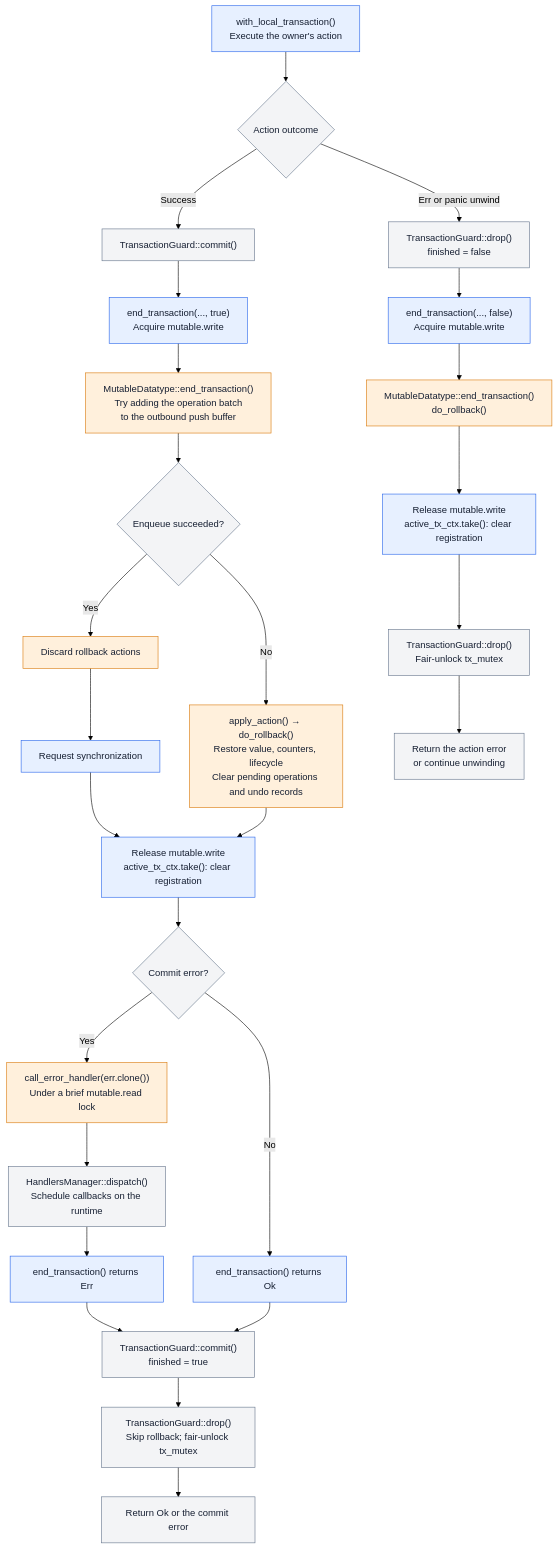
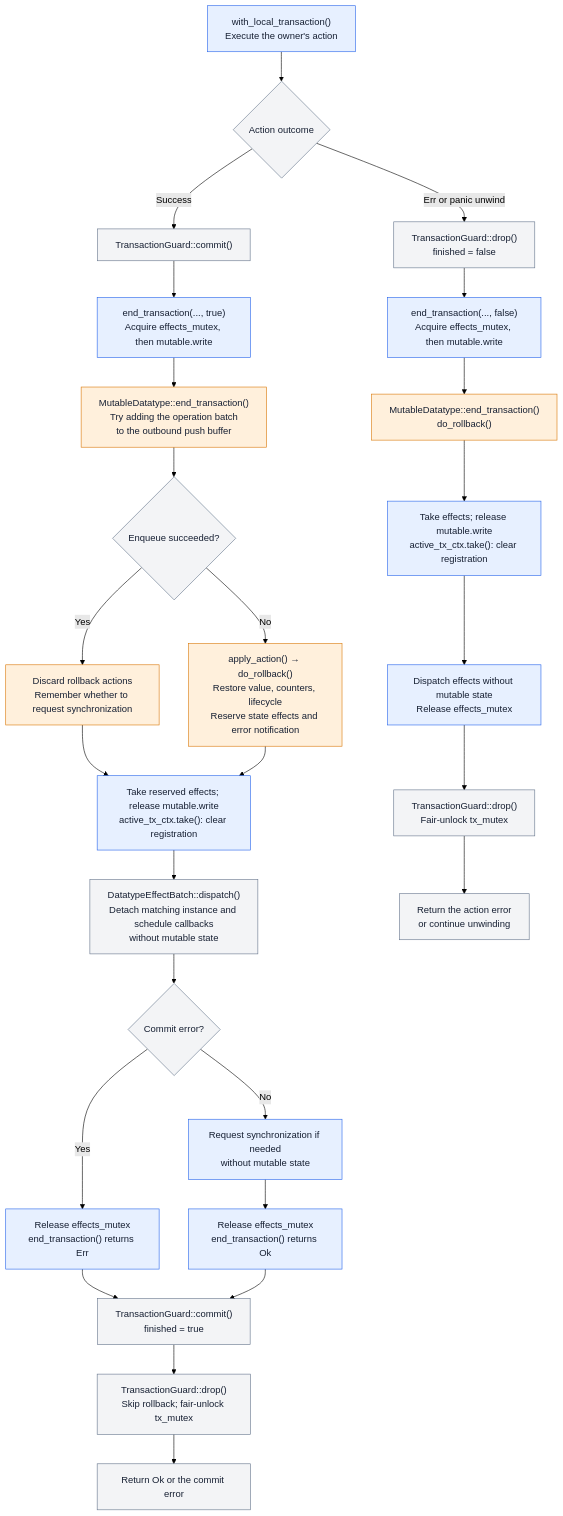
One commit to qortoo/qortoo-rs changed the fourth of 5 diagrams in docs/transaction-and-rollback.md. Above: the diagram before and after it, drawn with Mermaid (forest theme). The commit also changed other lines of this file and 21 other files, not shown here.

First line of the commit message:
🪲fix(datatypes): dispatch state effects after releasing mutable locks

````diff
--- a/docs/transaction-and-rollback.md
+++ b/docs/transaction-and-rollback.md
@@ -334,33 +334,33 @@
 ```mermaid
 flowchart TD
     A["with_local_transaction()<br/>Execute the owner's action"]:::td --> B{"Action outcome"}:::other
     B -- Success --> C["TransactionGuard::commit()"]:::other
-    C --> D["end_transaction(..., true)<br/>Acquire mutable.write"]:::td
+    C --> D["end_transaction(..., true)<br/>Acquire effects_mutex, then mutable.write"]:::td
     D --> E["MutableDatatype::end_transaction()<br/>Try adding the operation batch<br/>to the outbound push buffer"]:::md
     E --> F{"Enqueue succeeded?"}:::other
-    F -- Yes --> G["Discard rollback actions"]:::md
-    G --> G2["Request synchronization"]:::td
-    F -- No --> H["apply_action() → do_rollback()<br/>Restore value, counters, lifecycle<br/>Clear pending operations and undo records"]:::md
-    G2 --> I["Release mutable.write<br/>active_tx_ctx.take(): clear registration"]:::td
+    F -- Yes --> G["Discard rollback actions<br/>Remember whether to request synchronization"]:::md
+    F -- No --> H["apply_action() → do_rollback()<br/>Restore value, counters, lifecycle<br/>Reserve state effects and error notification"]:::md
+    G --> I["Take reserved effects; release mutable.write<br/>active_tx_ctx.take(): clear registration"]:::td
     H --> I
-    I --> J{"Commit error?"}:::other
-    J -- Yes --> K["call_error_handler(err.clone())<br/>Under a brief mutable.read lock"]:::md
-    K --> L["HandlersManager::dispatch()<br/>Schedule callbacks on the runtime"]:::other
-    L --> M["end_transaction() returns Err"]:::td
-    J -- No --> M2["end_transaction() returns Ok"]:::td
+    I --> L["DatatypeEffectBatch::dispatch()<br/>Detach matching instance and schedule callbacks<br/>without mutable state"]:::other
+    L --> J{"Commit error?"}:::other
+    J -- Yes --> M["Release effects_mutex<br/>end_transaction() returns Err"]:::td
+    J -- No --> G2["Request synchronization if needed<br/>without mutable state"]:::td
+    G2 --> M2["Release effects_mutex<br/>end_transaction() returns Ok"]:::td
     M --> N["TransactionGuard::commit()<br/>finished = true"]:::other
     M2 --> N
     N --> O["TransactionGuard::drop()<br/>Skip rollback; fair-unlock tx_mutex"]:::other
     O --> P["Return Ok or the commit error"]:::other
 
     B -- "Err or panic unwind" --> Q["TransactionGuard::drop()<br/>finished = false"]:::other
-    Q --> R["end_transaction(..., false)<br/>Acquire mutable.write"]:::td
+    Q --> R["end_transaction(..., false)<br/>Acquire effects_mutex, then mutable.write"]:::td
     R --> S["MutableDatatype::end_transaction()<br/>do_rollback()"]:::md
-    S --> U["Release mutable.write<br/>active_tx_ctx.take(): clear registration"]:::td
-    U --> V["TransactionGuard::drop()<br/>Fair-unlock tx_mutex"]:::other
+    S --> U["Take effects; release mutable.write<br/>active_tx_ctx.take(): clear registration"]:::td
+    U --> U2["Dispatch effects without mutable state<br/>Release effects_mutex"]:::td
+    U2 --> V["TransactionGuard::drop()<br/>Fair-unlock tx_mutex"]:::other
     V --> W["Return the action error<br/>or continue unwinding"]:::other
 
     classDef td fill:#e7f0ff,stroke:#2563eb,color:#172033;
     classDef md fill:#fff0dc,stroke:#d97706,color:#172033;
     classDef other fill:#f3f4f6,stroke:#64748b,color:#172033;
 ```
````
